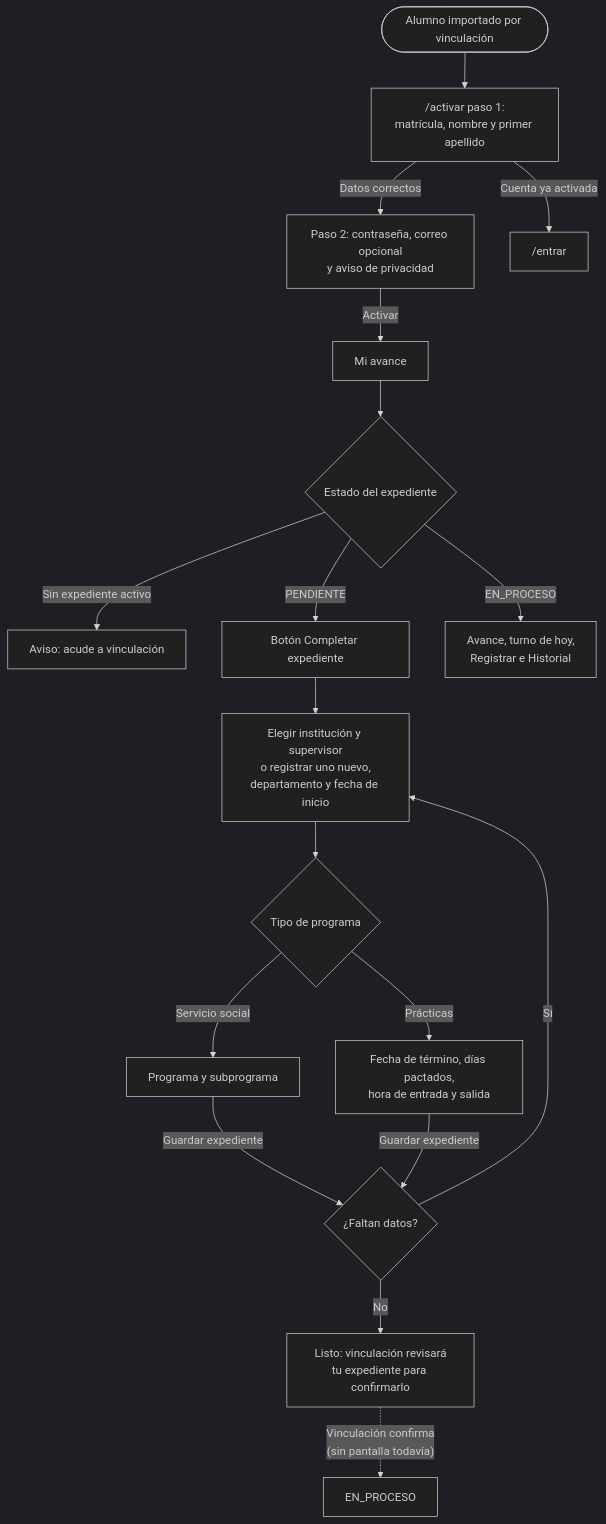
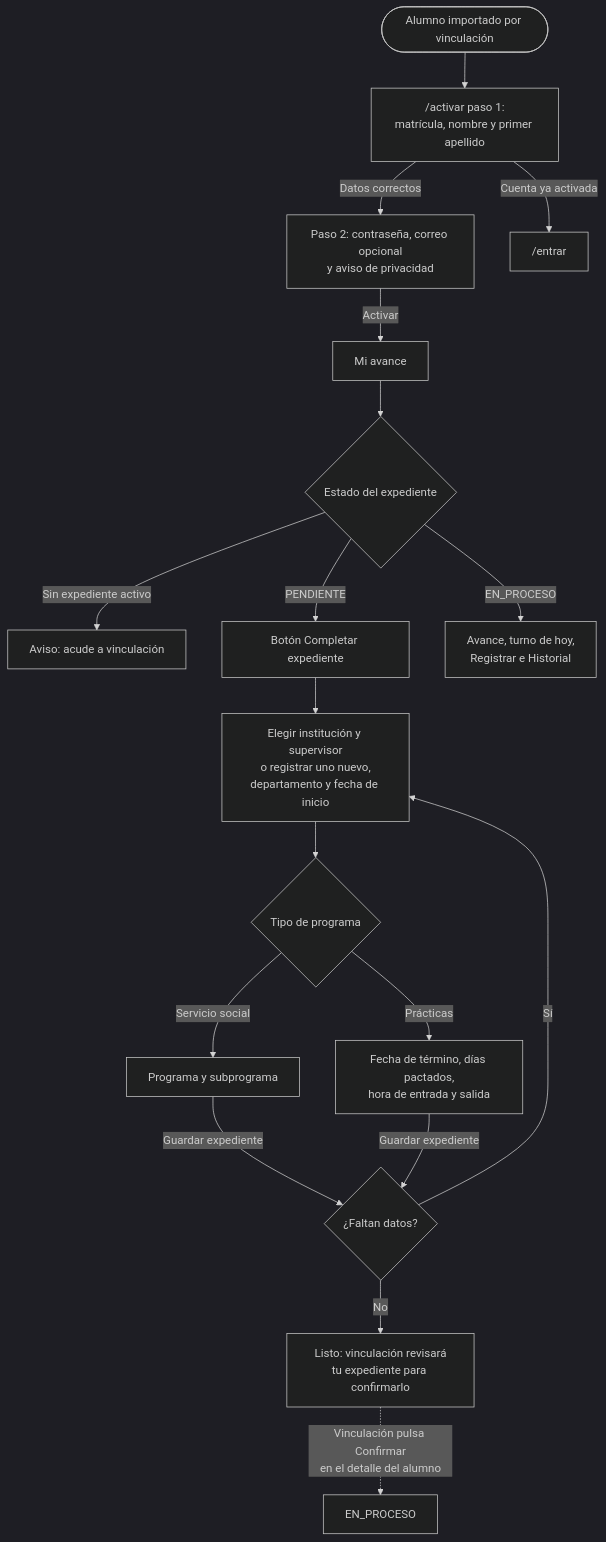
Before and after one commit to leslie-garcia801/praxis: the seventh of 12 diagrams in docs/flujo-app.md, drawn with Mermaid (dark theme). The commit also changed other lines of this file and 3 other files, not shown here.

Commit message:
docs: update the app flow and the project status to iterations 1-7 and the post-MVP improvements

````diff
--- a/docs/flujo-app.md
+++ b/docs/flujo-app.md
@@ -167,20 +219,20 @@
 ```mermaid
 flowchart TD
     A([Alumno importado por vinculación]) --> ACT1["/activar paso 1:<br/>matrícula, nombre y primer apellido"]
     ACT1 -- "Datos correctos" --> ACT2[Paso 2: contraseña, correo opcional<br/>y aviso de privacidad]
     ACT1 -- "Cuenta ya activada" --> L["/entrar"]
     ACT2 -- Activar --> H[Mi avance]
 
     H --> E{Estado del expediente}
     E -- Sin expediente activo --> X[Aviso: acude a vinculación]
     E -- PENDIENTE --> CE[Botón Completar expediente]
     CE --> F[Elegir institución y supervisor<br/>o registrar uno nuevo,<br/>departamento y fecha de inicio]
     F --> T{Tipo de programa}
     T -- Servicio social --> SS[Programa y subprograma]
     T -- Prácticas --> PP[Fecha de término, días pactados,<br/>hora de entrada y salida]
     SS & PP -- Guardar expediente --> R{¿Faltan datos?}
     R -- Sí --> F
     R -- No --> W[Listo: vinculación revisará<br/>tu expediente para confirmarlo]
-    W -. "Vinculación confirma<br/>(sin pantalla todavía)" .-> EP[EN_PROCESO]
+    W -. "Vinculación pulsa Confirmar<br/>en el detalle del alumno" .-> EP[EN_PROCESO]
     E -- EN_PROCESO --> OK[Avance, turno de hoy,<br/>Registrar e Historial]
 ```
````
